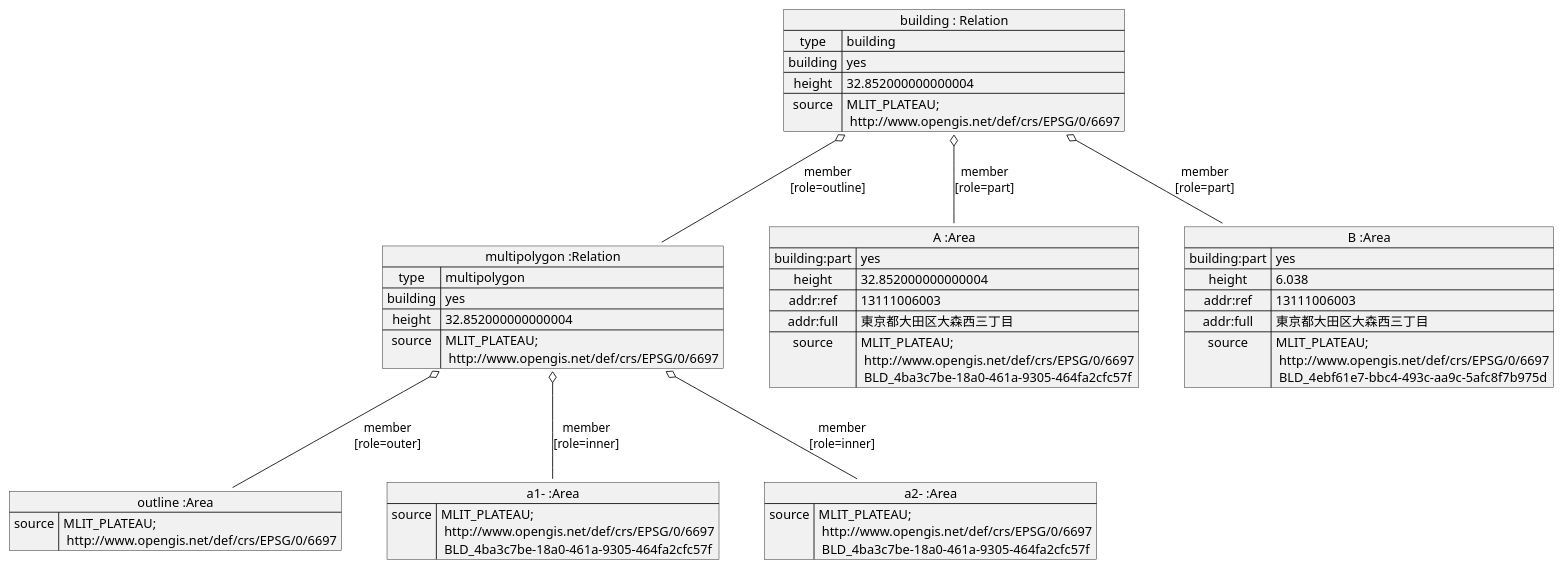
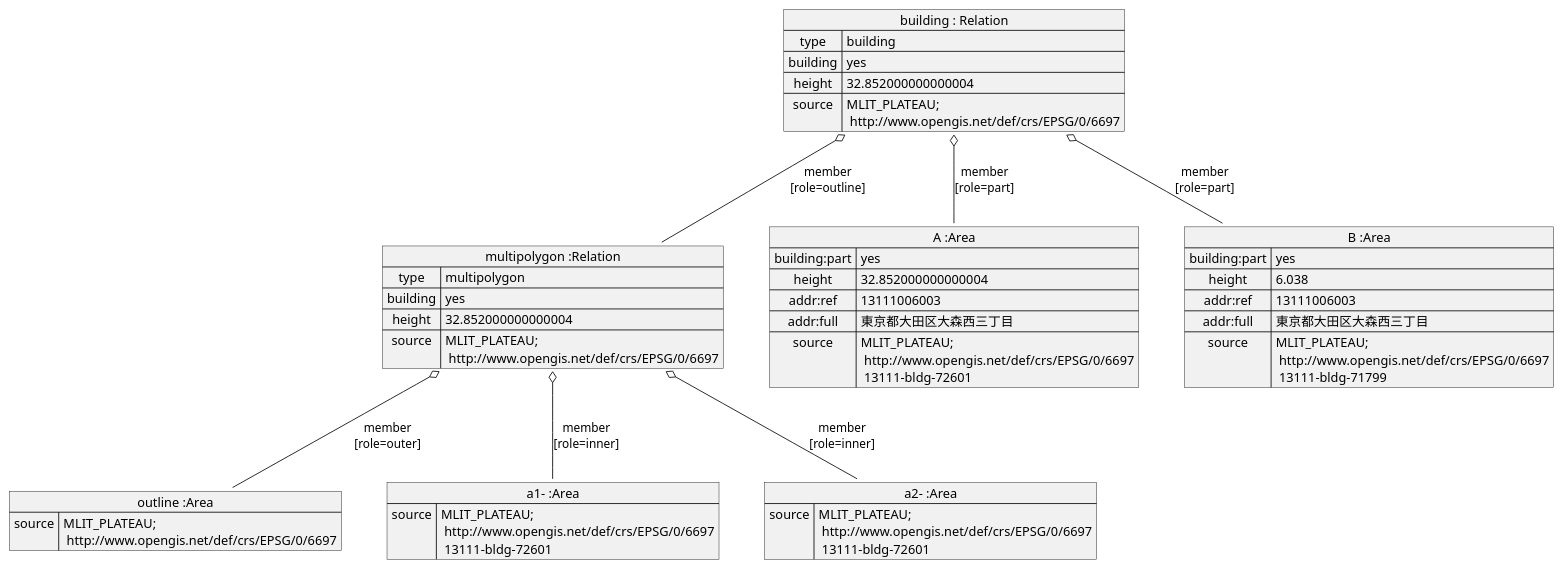
Before and after one commit to yuuhayashi/citygml-osm: the diagram in doc/building/sample-d-osm.pu, drawn with PlantUML. The commit also changed 15 other files, not shown here.

Commit message:
update UML

```diff
--- a/doc/building/sample-d-osm.pu
+++ b/doc/building/sample-d-osm.pu
@@ -1,49 +1,49 @@
 @startuml
 map "building : Relation" as building {
  type => building
  building => yes
  height => 32.852000000000004
  source => MLIT_PLATEAU;\n http://www.opengis.net/def/crs/EPSG/0/6697
 }
 
 map "multipolygon :Relation" as multipolygon {
  type => multipolygon
  building => yes
  height => 32.852000000000004
  source => MLIT_PLATEAU;\n http://www.opengis.net/def/crs/EPSG/0/6697
 }
 
 map "outline :Area" as outer {
  source => MLIT_PLATEAU;\n http://www.opengis.net/def/crs/EPSG/0/6697
 }
 
 map "a1- :Area" as a1 {
- source => MLIT_PLATEAU;\n http://www.opengis.net/def/crs/EPSG/0/6697\n BLD_4ba3c7be-18a0-461a-9305-464fa2cfc57f
+ source => MLIT_PLATEAU;\n http://www.opengis.net/def/crs/EPSG/0/6697\n 13111-bldg-72601
 }
 map "a2- :Area" as a2 {
- source => MLIT_PLATEAU;\n http://www.opengis.net/def/crs/EPSG/0/6697\n BLD_4ba3c7be-18a0-461a-9305-464fa2cfc57f
+ source => MLIT_PLATEAU;\n http://www.opengis.net/def/crs/EPSG/0/6697\n 13111-bldg-72601
 }
 
 map "A :Area" as A {
  building:part => yes
  height => 32.852000000000004
  addr:ref => 13111006003
  addr:full => 東京都大田区大森西三丁目
- source => MLIT_PLATEAU;\n http://www.opengis.net/def/crs/EPSG/0/6697\n BLD_4ba3c7be-18a0-461a-9305-464fa2cfc57f
+ source => MLIT_PLATEAU;\n http://www.opengis.net/def/crs/EPSG/0/6697\n 13111-bldg-72601
 }
 map "B :Area" as B {
  building:part => yes
  height => 6.038
  addr:ref => 13111006003
  addr:full => 東京都大田区大森西三丁目
- source => MLIT_PLATEAU;\n http://www.opengis.net/def/crs/EPSG/0/6697\n BLD_4ebf61e7-bbc4-493c-aa9c-5afc8f7b975d
+ source => MLIT_PLATEAU;\n http://www.opengis.net/def/crs/EPSG/0/6697\n 13111-bldg-71799
 }
 
 building o-- multipolygon : member\n[role=outline]
 building o-- A : member\n[role=part]
 building o-- B : member\n[role=part]
 
 multipolygon  o-- outer : member\n[role=outer]
 multipolygon  o-- a1 : member\n[role=inner]
 multipolygon  o-- a2 : member\n[role=inner]
 @enduml
```
